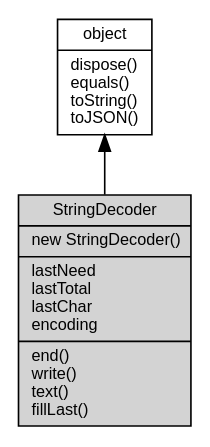
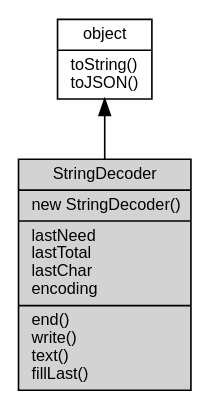
One commit to asionius/fibjs-ceph changed the diagram in docs/object/ifs/StringDecoder.md. Above: the diagram before and after it, drawn with Graphviz. The commit also changed other lines of this file and 138 other files, not shown here.

````diff
--- a/docs/object/ifs/StringDecoder.md
+++ b/docs/object/ifs/StringDecoder.md
@@ -5,10 +5,10 @@
 ```dot
 digraph {
     node [fontname="Helvetica,sans-Serif", fontsize=10, shape="record", style="filled", fillcolor="white"];
 
-    object [tooltip="object", URL="object.md", label="{object|dispose()\lequals()\ltoString()\ltoJSON()\l}"];
-    StringDecoder [tooltip="StringDecoder", fillcolor="lightgray", label="{StringDecoder|new StringDecoder()\l|lastNeed\llastTotal\llastChar\lencoding\l|end()\lwrite()\ltext()\lfillLast()\l}"];
+    object [tooltip="object", URL="object.md", label="{object|toString()\ltoJSON()\l}"];
+    StringDecoder [tooltip="StringDecoder", fillcolor="lightgray", id="me", label="{StringDecoder|new StringDecoder()\l|lastNeed\llastTotal\llastChar\lencoding\l|end()\lwrite()\ltext()\lfillLast()\l}"];
 
     object -> StringDecoder [dir=back];
 }
 ```
````
